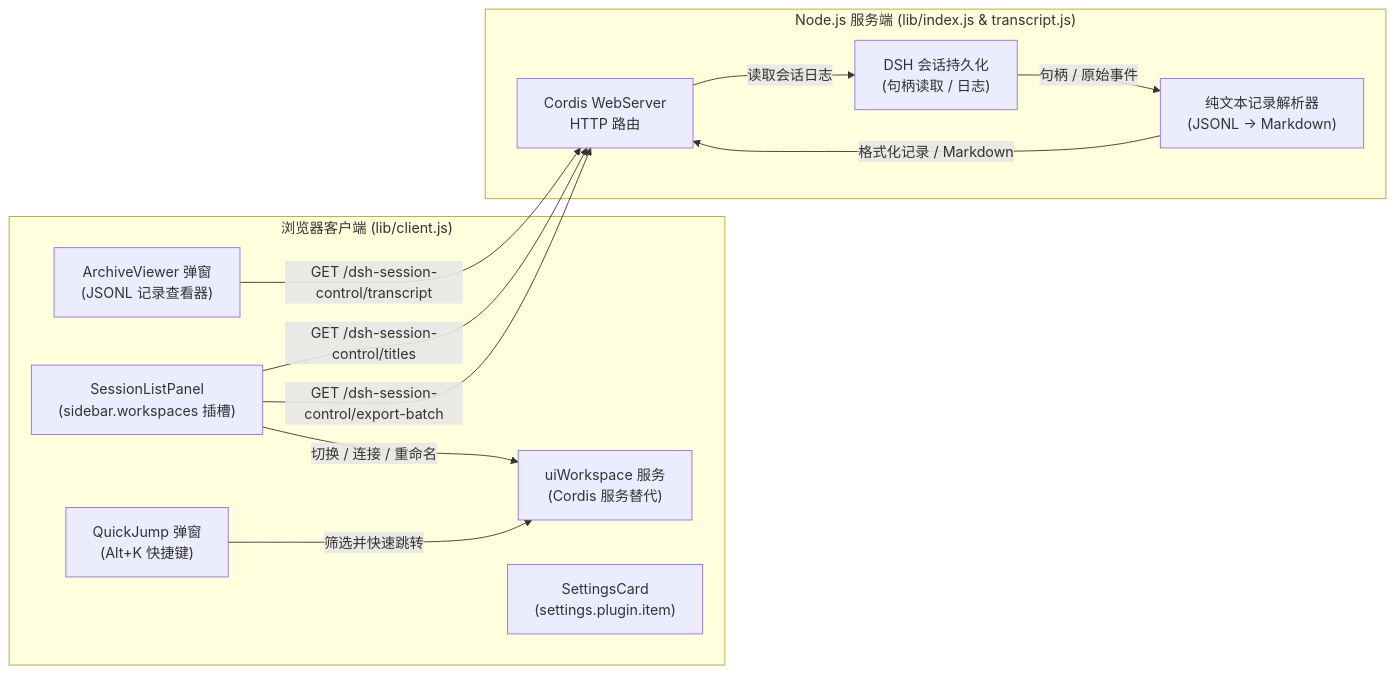
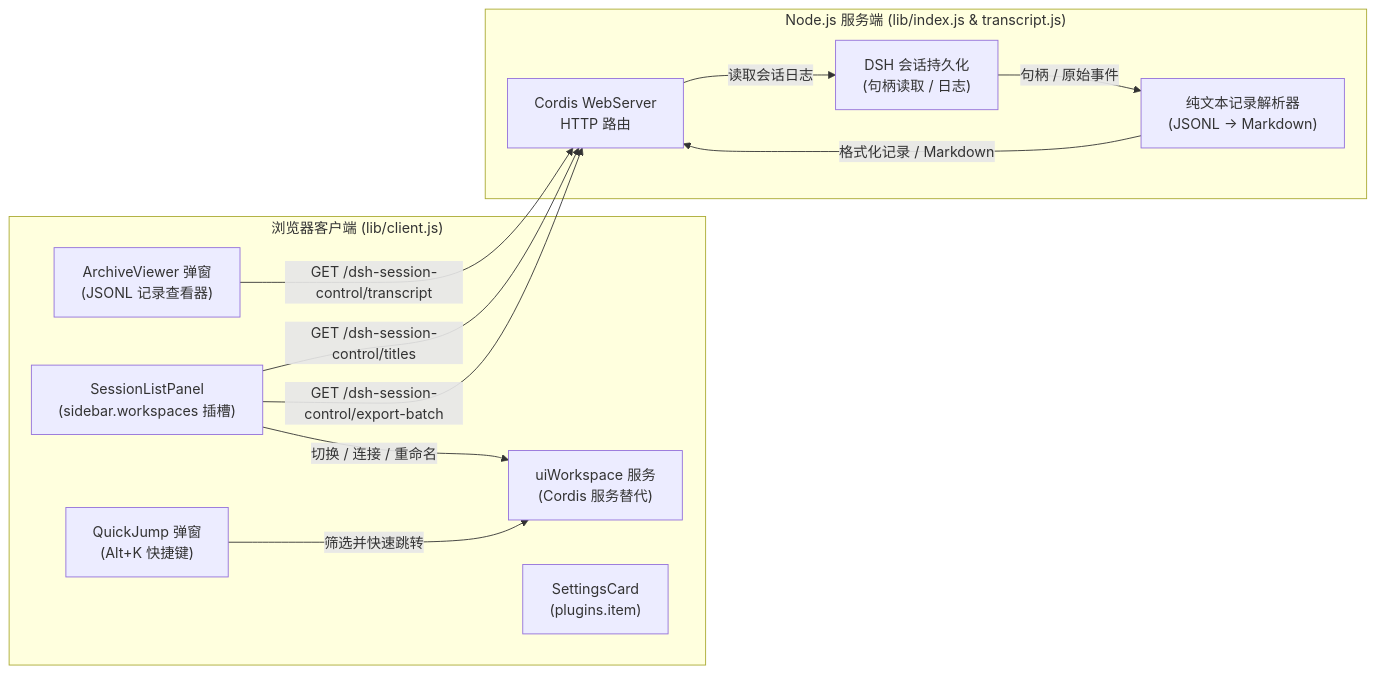
One commit to GooDAnDReaDY/dsh-session-control changed the diagram in README.zh.md. Above: the diagram before and after it, drawn with Mermaid. The commit also changed 6 other files, not shown here.

````diff
--- a/README.zh.md
+++ b/README.zh.md
@@ -50,25 +50,25 @@
 ```mermaid
 graph LR
     subgraph Browser ["浏览器客户端 (lib/client.js)"]
         UIW["uiWorkspace 服务\n(Cordis 服务替代)"]
         PANEL["SessionListPanel\n(sidebar.workspaces 插槽)"]
         JUMP["QuickJump 弹窗\n(Alt+K 快捷键)"]
         VIEWER["ArchiveViewer 弹窗\n(JSONL 记录查看器)"]
-        SETTINGS["SettingsCard\n(settings.plugin.item)"]
+        SETTINGS["SettingsCard\n(plugins.item)"]
     end
 
     subgraph Host ["Node.js 服务端 (lib/index.js & transcript.js)"]
         SERVER["Cordis WebServer\nHTTP 路由"]
         STORE["DSH 会话持久化\n(句柄读取 / 日志)"]
         TRANS["纯文本记录解析器\n(JSONL -> Markdown)"]
     end
 
     PANEL -->|"切换 / 连接 / 重命名"| UIW
     JUMP -->|"筛选并快速跳转"| UIW
     VIEWER -->|"GET /dsh-session-control/transcript"| SERVER
     PANEL -->|"GET /dsh-session-control/titles"| SERVER
     PANEL -->|"GET /dsh-session-control/export-batch"| SERVER
     SERVER -->|"读取会话日志"| STORE
     STORE -->|"句柄 / 原始事件"| TRANS
     TRANS -->|"格式化记录 / Markdown"| SERVER
 ```
````
